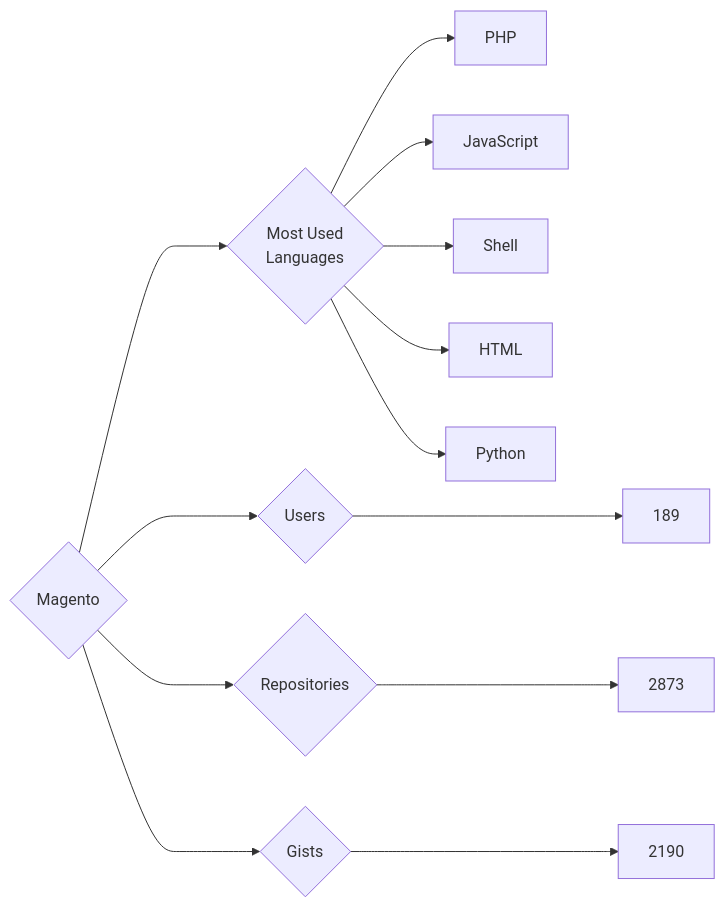
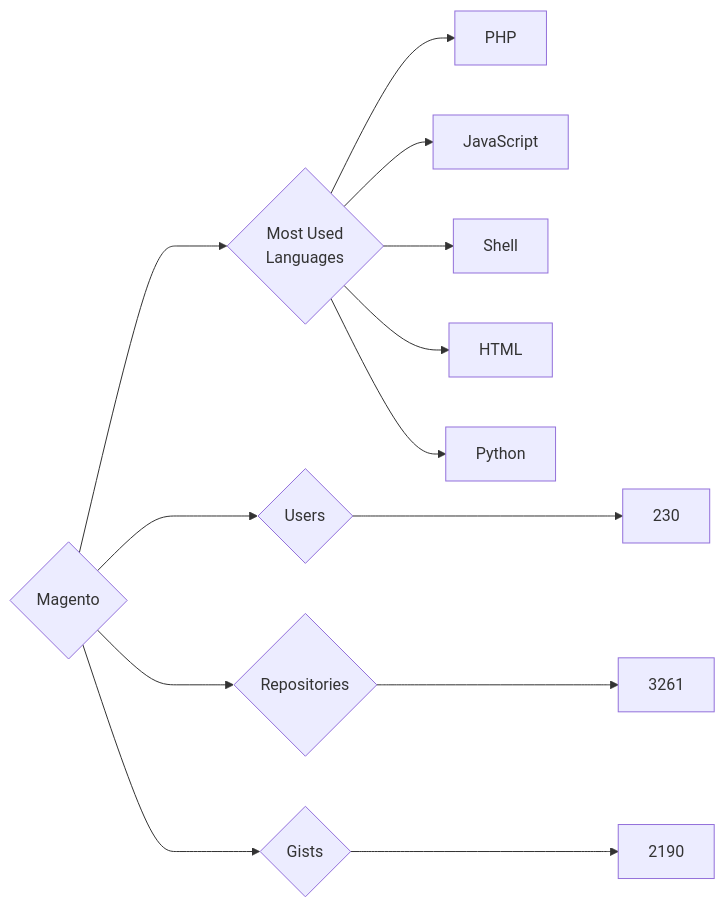
One commit to trickest/insiders changed the diagram in targets/Magento/README.md. Above: the diagram before and after it, drawn with Mermaid. The commit also changed 782 other files, not shown here.

````diff
--- a/targets/Magento/README.md
+++ b/targets/Magento/README.md
@@ -3,13 +3,13 @@
 ```mermaid
 graph LR
 COMPANY_NAME{Magento}
-COMPANY_NAME ---> U{Users} ---> UN[189]
-COMPANY_NAME ---> R{Repositories} ---> RN[2873]
+COMPANY_NAME ---> U{Users} ---> UN[230]
+COMPANY_NAME ---> R{Repositories} ---> RN[3261]
 COMPANY_NAME ---> G{Gists} ---> GN[2190]
 COMPANY_NAME ---> ML{Most Used<br>Languages}
 ML --> PHP[PHP]
 ML --> JavaScript[JavaScript]
 ML --> Shell[Shell]
 ML --> HTML[HTML]
 ML --> Python[Python]
 ```
````
